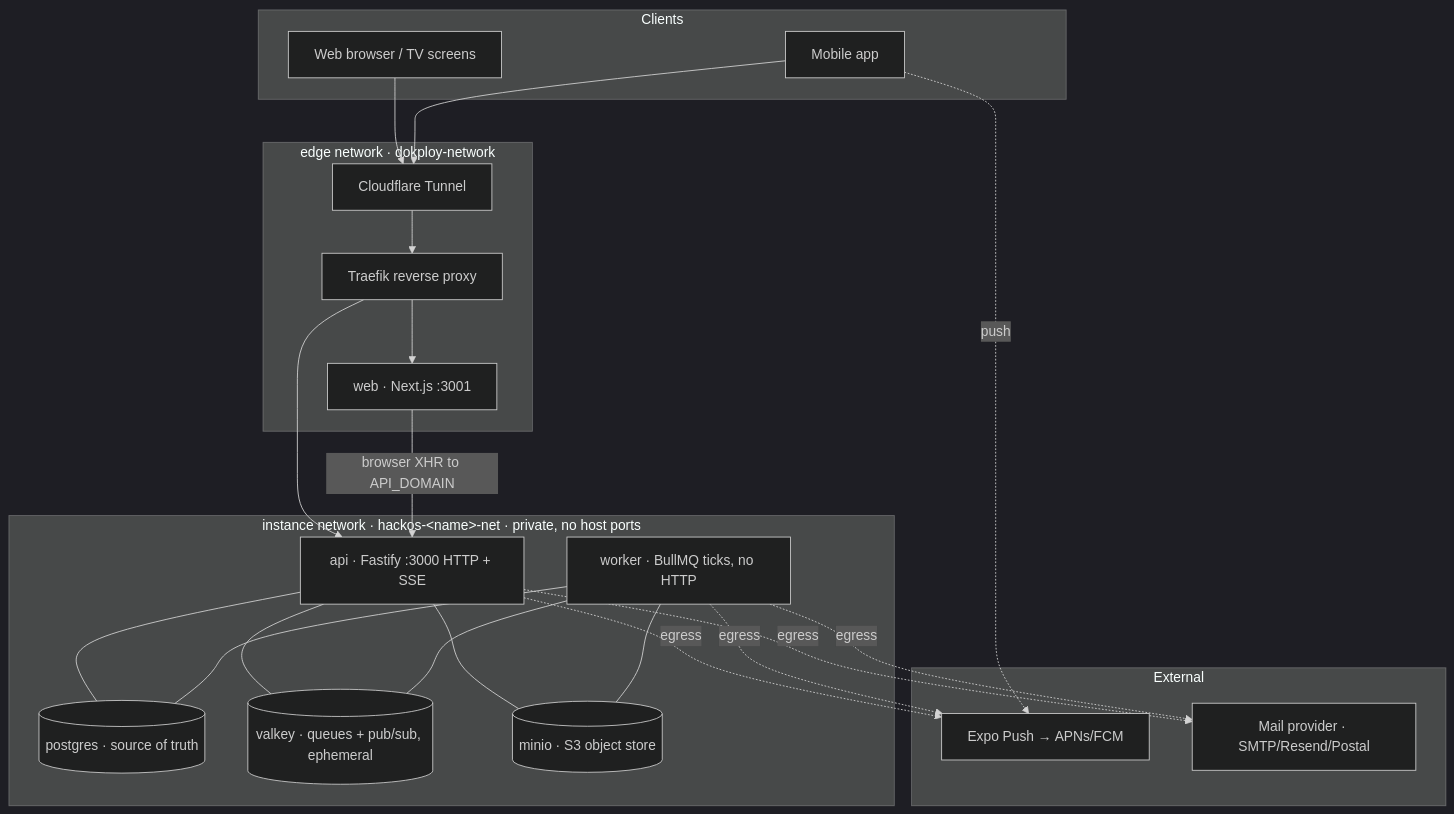
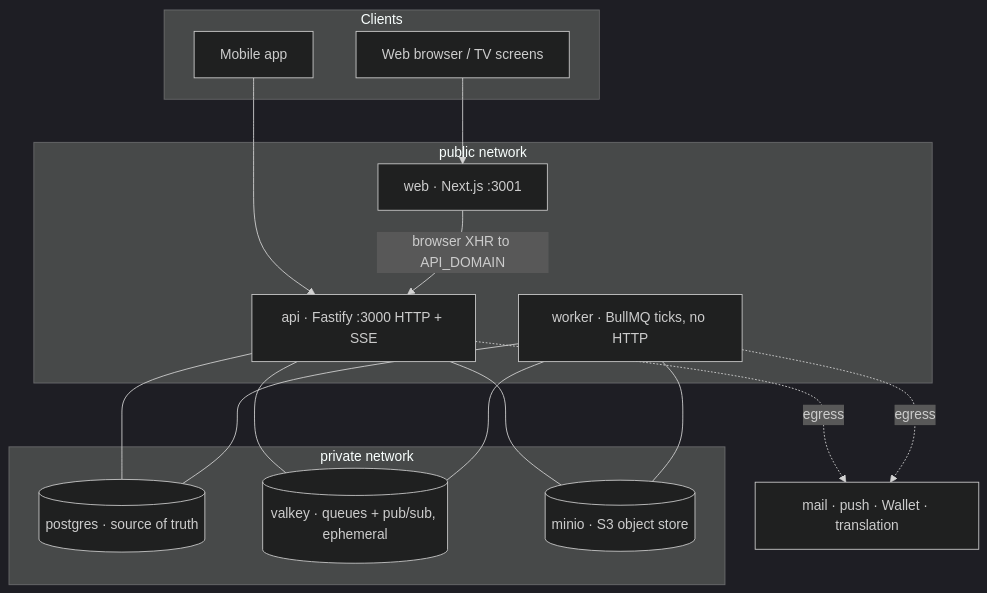
The diagram in docs/architecture.md (danicallero/hackOS), drawn with Mermaid (dark theme) before and after one commit. The commit also changed other lines of this file and 45 other files, not shown here.

````diff
--- a/docs/architecture.md
+++ b/docs/architecture.md
@@ -29,35 +14,26 @@
 ```mermaid
 flowchart TB
     subgraph clients[Clients]
         browser[Web browser / TV screens]
         phone[Mobile app]
     end
 
-    subgraph edge[edge network · dokploy-network]
-        tunnel[Cloudflare Tunnel]
-        traefik[Traefik reverse proxy]
+    subgraph public[public network]
+        api[api · Fastify :3000 HTTP + SSE]
         web[web · Next.js :3001]
+        worker[worker · BullMQ ticks, no HTTP]
     end
 
-    subgraph instance[instance network · hackos-&lt;name&gt;-net · private, no host ports]
-        api[api · Fastify :3000 HTTP + SSE]
-        worker[worker · BullMQ ticks, no HTTP]
+    subgraph private[private network]
         pg[(postgres · source of truth)]
         vk[(valkey · queues + pub/sub, ephemeral)]
         minio[(minio · S3 object store)]
     end
 
-    subgraph ext[External]
-        expo[Expo Push → APNs/FCM]
-        mail[Mail provider · SMTP/Resend/Postal]
-    end
-
-    browser & phone --> tunnel --> traefik
-    traefik --> web
-    traefik --> api
+    browser --> web
+    phone --> api
     web -->|browser XHR to API_DOMAIN| api
     api --- pg & vk & minio
     worker --- pg & vk & minio
-    api & worker -.egress.-> expo & mail
-    phone -.push.-> expo
+    api & worker -.egress.-> providers[mail · push · Wallet · translation]
 ```
````
